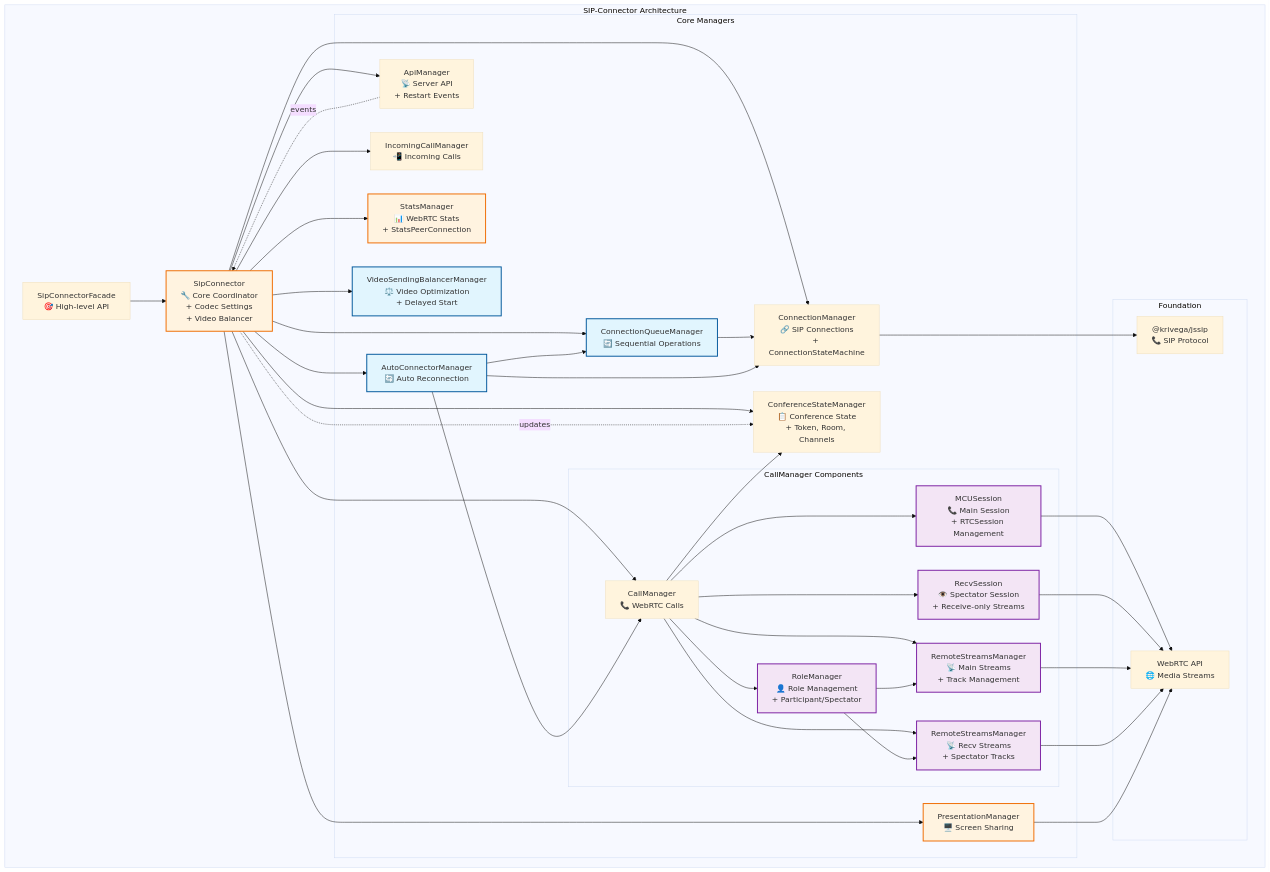
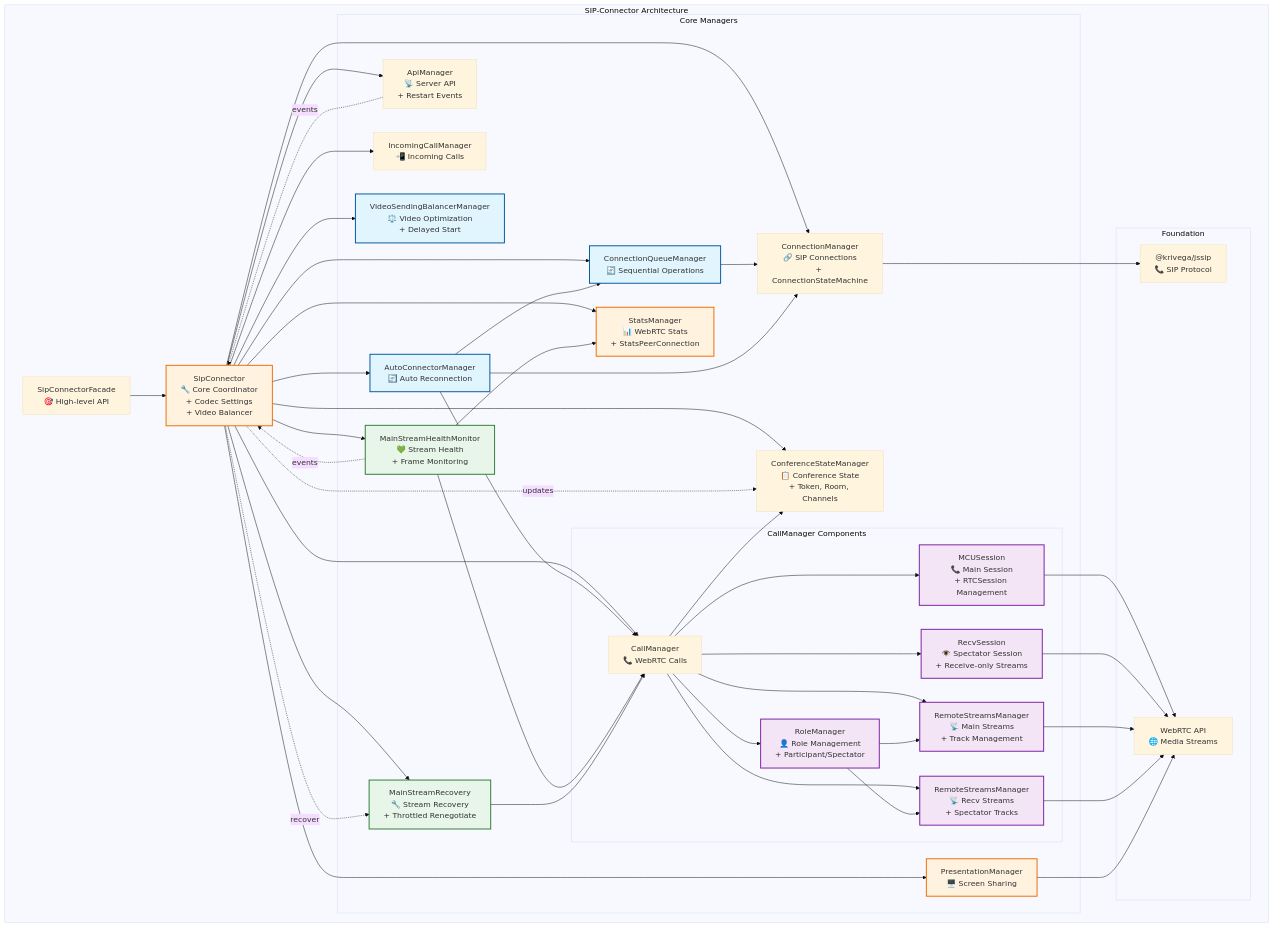
One commit to Krivega/sip-connector changed the diagram in docs/arch/overview.md. Above: the diagram before and after it, drawn with Mermaid (base theme). The commit also changed other lines of this file and 9 other files, not shown here.

Commit message:
fix: do not recover main stream when no received packets (#65)

```diff
--- a/docs/arch/overview.md
+++ b/docs/arch/overview.md
@@ -98,6 +100,8 @@
             I["VideoSendingBalancerManager<br/>⚖️ Video Optimization<br/>+ Delayed Start"]
             K["ConnectionQueueManager<br/>🔄 Sequential Operations"]
             L["AutoConnectorManager<br/>🔄 Auto Reconnection"]
+            MSH["MainStreamHealthMonitor<br/>💚 Stream Health<br/>+ Frame Monitoring"]
+            MSR["MainStreamRecovery<br/>🔧 Stream Recovery<br/>+ Throttled Renegotiate"]
         end
 
         subgraph "Foundation"
@@ -116,6 +120,8 @@
         B --> G
         B --> H
         B --> I
+        B --> MSH
+        B --> MSR
 
         D --> CS
         D --> D1
@@ -138,6 +144,11 @@
         L --> K
         L --> C
         L --> D
+        MSH --> H
+        MSH --> D
+        MSH -.->|events| B
+        B -.->|recover| MSR
+        MSR --> D
     end
 
     style I fill:#e1f5fe,stroke:#01579b,stroke-width:2px
@@ -146,6 +157,8 @@
     style B fill:#fff3e0,stroke:#ef6c00,stroke-width:2px
     style F fill:#fff3e0,stroke:#ef6c00,stroke-width:2px
     style H fill:#fff3e0,stroke:#ef6c00,stroke-width:2px
+    style MSH fill:#e8f5e9,stroke:#2e7d32,stroke-width:2px
+    style MSR fill:#e8f5e9,stroke:#2e7d32,stroke-width:2px
     style D1 fill:#f3e5f5,stroke:#7b1fa2,stroke-width:2px
     style D2 fill:#f3e5f5,stroke:#7b1fa2,stroke-width:2px
     style D3 fill:#f3e5f5,stroke:#7b1fa2,stroke-width:2px
```
